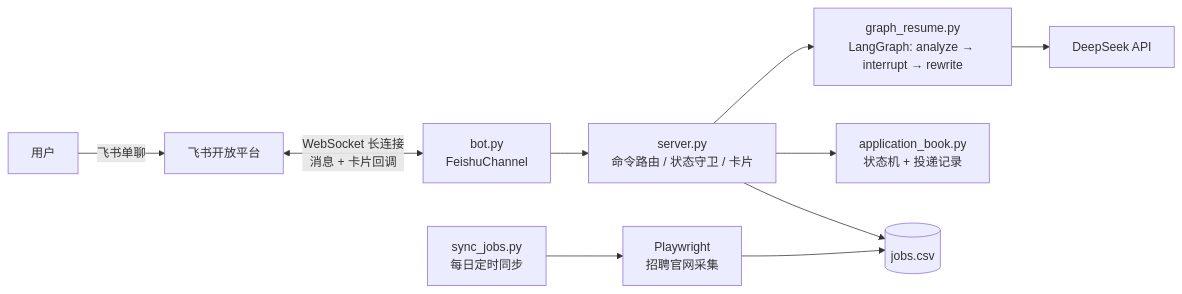
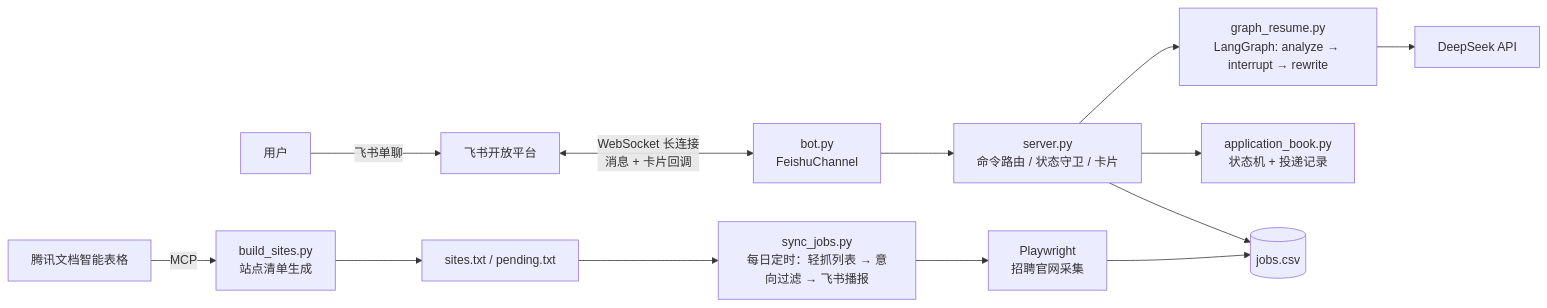
Before and after one commit to cliche-nomadness/job_hunter: the diagram in README.md, drawn with Mermaid. The commit also changed other lines of this file and 13 other files, not shown here.

Commit message:
docs: README 全量重写——功能演示配图、每日同步链路

````diff
--- a/README.md
+++ b/README.md
@@ -17,12 +47,15 @@
 ```mermaid
 graph LR
     U[用户] -->|飞书单聊| FS[飞书开放平台]
     FS <-->|WebSocket 长连接<br/>消息 + 卡片回调| BOT[bot.py<br/>FeishuChannel]
     BOT --> SRV[server.py<br/>命令路由 / 状态守卫 / 卡片]
     SRV --> GRAPH[graph_resume.py<br/>LangGraph: analyze → interrupt → rewrite]
     GRAPH --> DS[DeepSeek API]
     SRV --> BOOK[application_book.py<br/>状态机 + 投递记录]
-    SYNC[sync_jobs.py<br/>每日定时同步] --> PW[Playwright<br/>招聘官网采集]
+    SM[腾讯文档智能表格] -->|MCP| BS[build_sites.py<br/>站点清单生成]
+    BS --> ST[sites.txt / pending.txt]
+    ST --> SYNC[sync_jobs.py<br/>每日定时：轻抓列表 → 意向过滤 → 飞书播报]
+    SYNC --> PW[Playwright<br/>招聘官网采集]
     PW --> JOBS[(jobs.csv)]
     SRV --> JOBS
 ```
````
